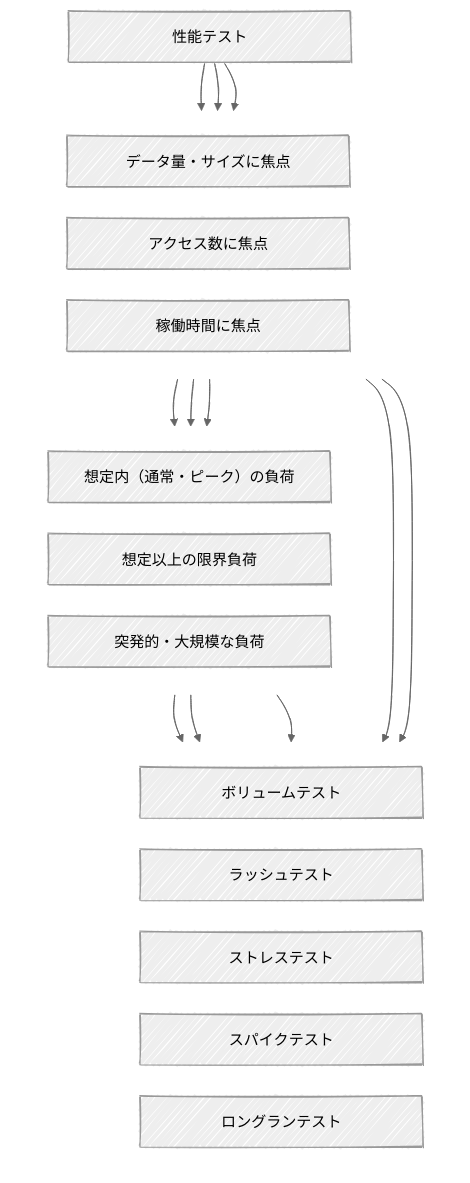
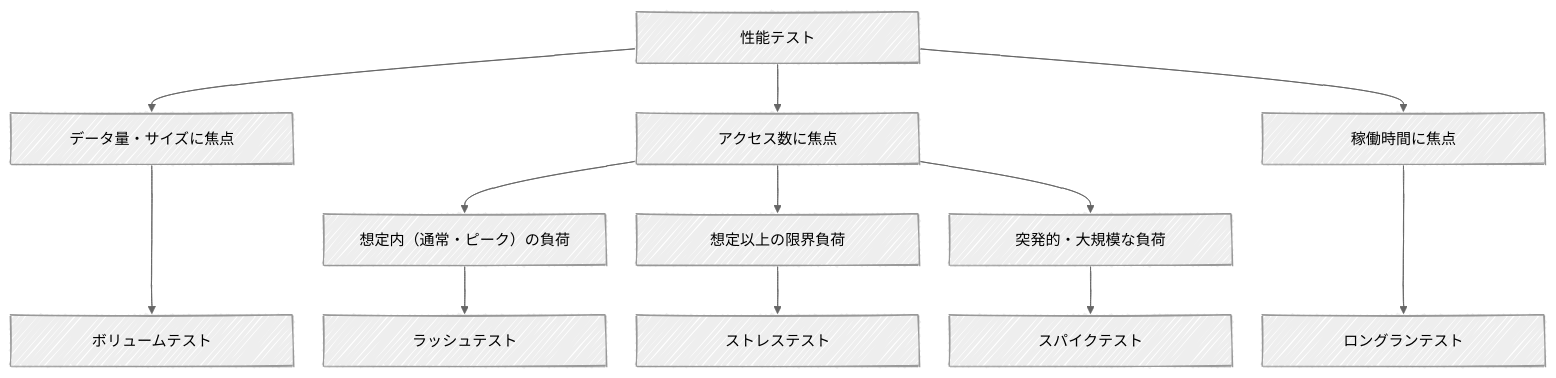
One commit to future-architect/arch-guidelines changed the first of 3 diagrams in documents/forPerformanceTest/performance_test.md. Above: the diagram before and after it, drawn with Mermaid. The commit also changed 2 other files, not shown here.

Commit message:
性能テストの分類の図を決定木の形に戻す (#498) (#499)
subgraph 内のノードが外部とつながっていると mermaid は subgraph の
direction を無視するため、各段が縦一列に積まれていた。subgraph をやめ、
段を飛ばすエッジを ---> にしてテスト5種を最下段にそろえる。

````diff
--- a/documents/forPerformanceTest/performance_test.md
+++ b/documents/forPerformanceTest/performance_test.md
@@ -30,55 +30,42 @@
 ```mermaid
 ---
 config:
   theme: neutral
   layout: dagre
   look: handDrawn
   flowchart:
     htmlLabels: true
     nodeSpacing: 30
     rankSpacing: 50
 ---
 flowchart TB
     classDef nodeLabel min-width:240px;
 
     Root["性能テスト"]
 
-    subgraph Layer2 [" "]
-      direction LR
-      Data["データ量・サイズに焦点"]
-      Load["アクセス数に焦点"]
-      Time["稼働時間に焦点"]
-    end
+    Data["データ量・サイズに焦点"]
+    Load["アクセス数に焦点"]
+    Time["稼働時間に焦点"]
 
-    subgraph Layer3 [" "]
-      direction LR
-      Normal["想定内（通常・ピーク）の負荷"]
-      Over["想定以上の限界負荷"]
-      Sudden["突発的・大規模な負荷"]
-    end
+    Normal["想定内（通常・ピーク）の負荷"]
+    Over["想定以上の限界負荷"]
+    Sudden["突発的・大規模な負荷"]
 
-    subgraph Layer4 [" "]
-      direction LR
-      Volume["ボリュームテスト"]
-      Rush["ラッシュテスト"]
-      Stress["ストレステスト"]
-      Spike["スパイクテスト"]
-      Long["ロングランテスト"]
-    end
+    Volume["ボリュームテスト"]
+    Rush["ラッシュテスト"]
+    Stress["ストレステスト"]
+    Spike["スパイクテスト"]
+    Long["ロングランテスト"]
 
     Root --> Data
     Root --> Load
     Root --> Time
 
-    Data --> Volume
+    Data ---> Volume
     Load --> Normal & Over & Sudden
-    Time --> Long
+    Time ---> Long
 
     Normal --> Rush
     Over --> Stress
     Sudden --> Spike
-
-    style Layer2 fill:none,stroke:none
-    style Layer3 fill:none,stroke:none
-    style Layer4 fill:none,stroke:none
 ```
````
